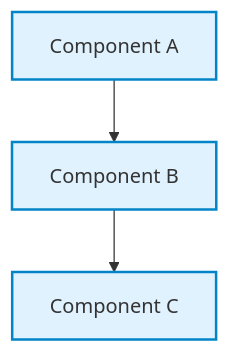
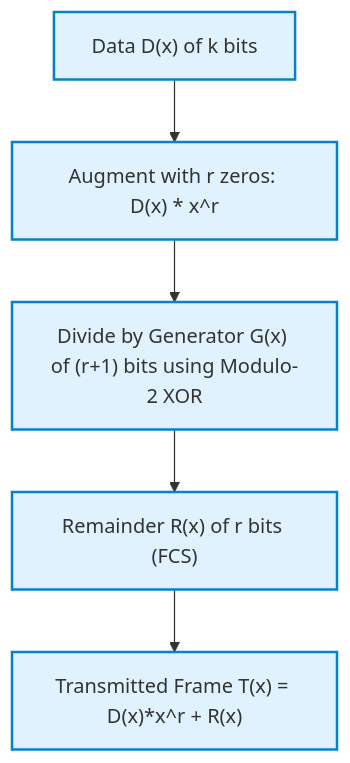
Before and after one commit to Raviranjan010/Neteworking_notes: the fifth of 5 diagrams in 05_Data_Link_Layer/notes.md, drawn with Mermaid. The commit also changed other lines of this file and 7 other files, not shown here.

Commit message:
add comprehensive data link layer notes, numericals, diagrams, MCQs, and cheat sheets

````diff
--- a/05_Data_Link_Layer/notes.md
+++ b/05_Data_Link_Layer/notes.md
@@ -9,8 +247,10 @@
 ```mermaid
 flowchart TD
-    A["Component A"] --> B["Component B"]
-    B --> C["Component C"]
+    Data["Data D(x) of k bits"] --> Augment["Augment with r zeros: D(x) * x^r"]
+    Augment --> Div["Divide by Generator G(x) of (r+1) bits using Modulo-2 XOR"]
+    Div --> Rem["Remainder R(x) of r bits (FCS)"]
+    Rem --> Frame["Transmitted Frame T(x) = D(x)*x^r + R(x)"]
 
     classDef primary fill:#e0f2fe,stroke:#0284c7,stroke-width:2px;
-    class A,B,C primary;
+    class Data,Augment,Div,Rem,Frame primary;
 ```
````
